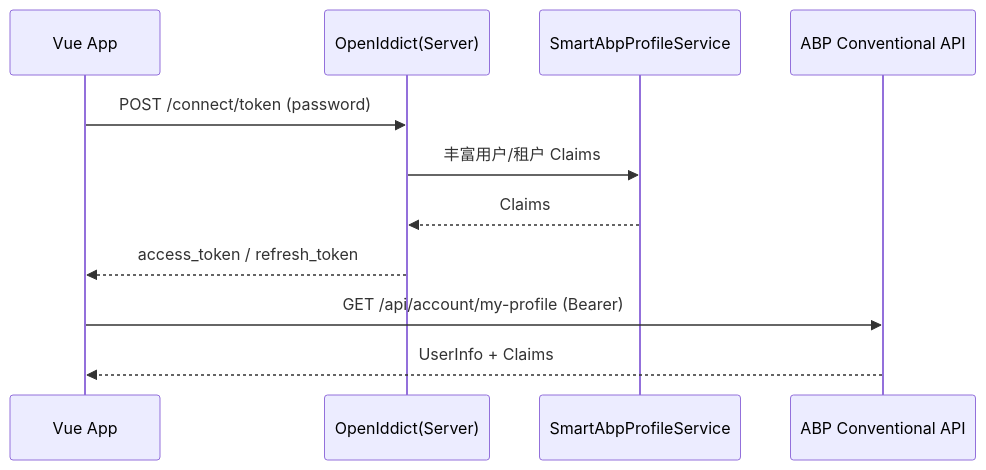
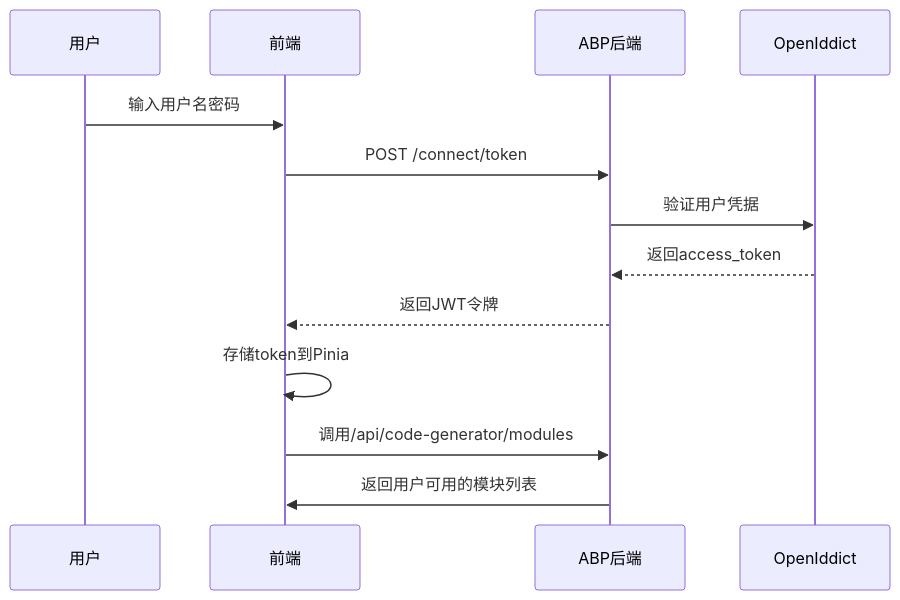
The first of 3 diagrams in doc/architecture/系统架构说明书.md (DULASlee/hxlot), drawn with Mermaid before and after one commit. The commit also changed other lines of this file and 66 other files, not shown here.

````diff
--- a/doc/architecture/系统架构说明书.md
+++ b/doc/architecture/系统架构说明书.md
@@ -263,14 +211,16 @@
 ```mermaid
 sequenceDiagram
-  participant UI as Vue App
-  participant OIDC as OpenIddict(Server)
-  participant Prof as SmartAbpProfileService
-  participant API as ABP Conventional API
-
-  UI->>OIDC: POST /connect/token (password)
-  OIDC->>Prof: 丰富用户/租户 Claims
-  Prof-->>OIDC: Claims
-  OIDC-->>UI: access_token / refresh_token
-  UI->>API: GET /api/account/my-profile (Bearer)
-  API-->>UI: UserInfo + Claims
+    participant U as 用户
+    participant F as 前端
+    participant A as ABP后端
+    participant O as OpenIddict
+    
+    U->>F: 输入用户名密码
+    F->>A: POST /connect/token
+    A->>O: 验证用户凭据
+    O-->>A: 返回access_token
+    A-->>F: 返回JWT令牌
+    F->>F: 存储token到Pinia
+    F->>A: 调用/api/code-generator/modules
+    A->>F: 返回用户可用的模块列表
 ```
````
